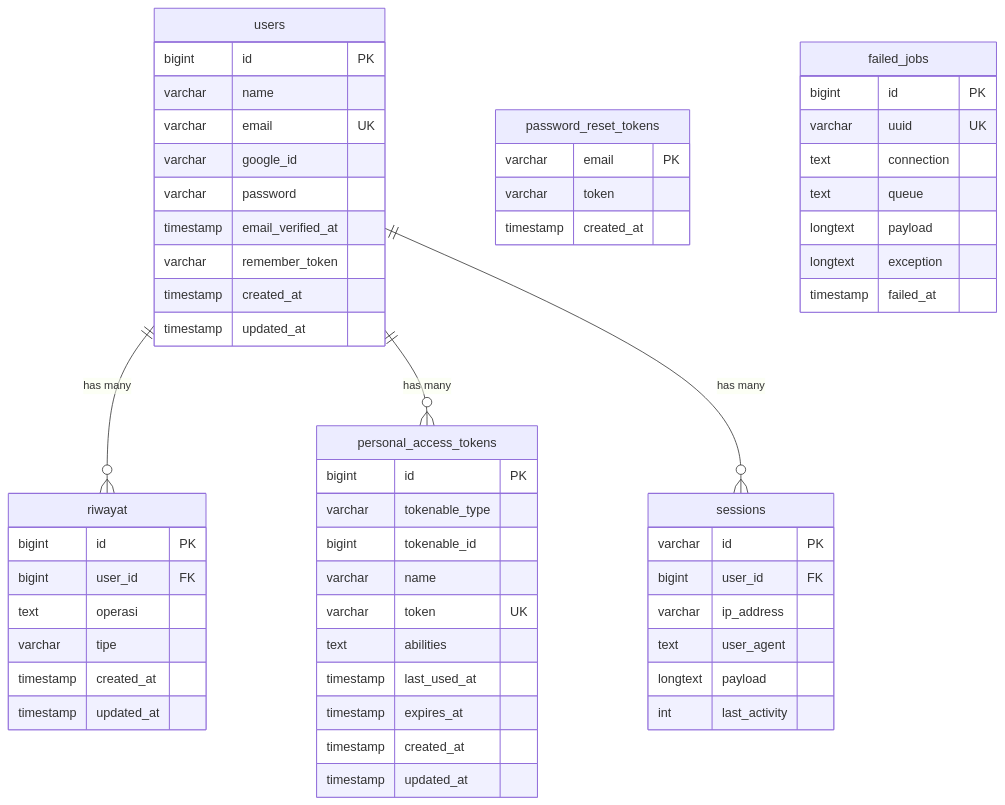
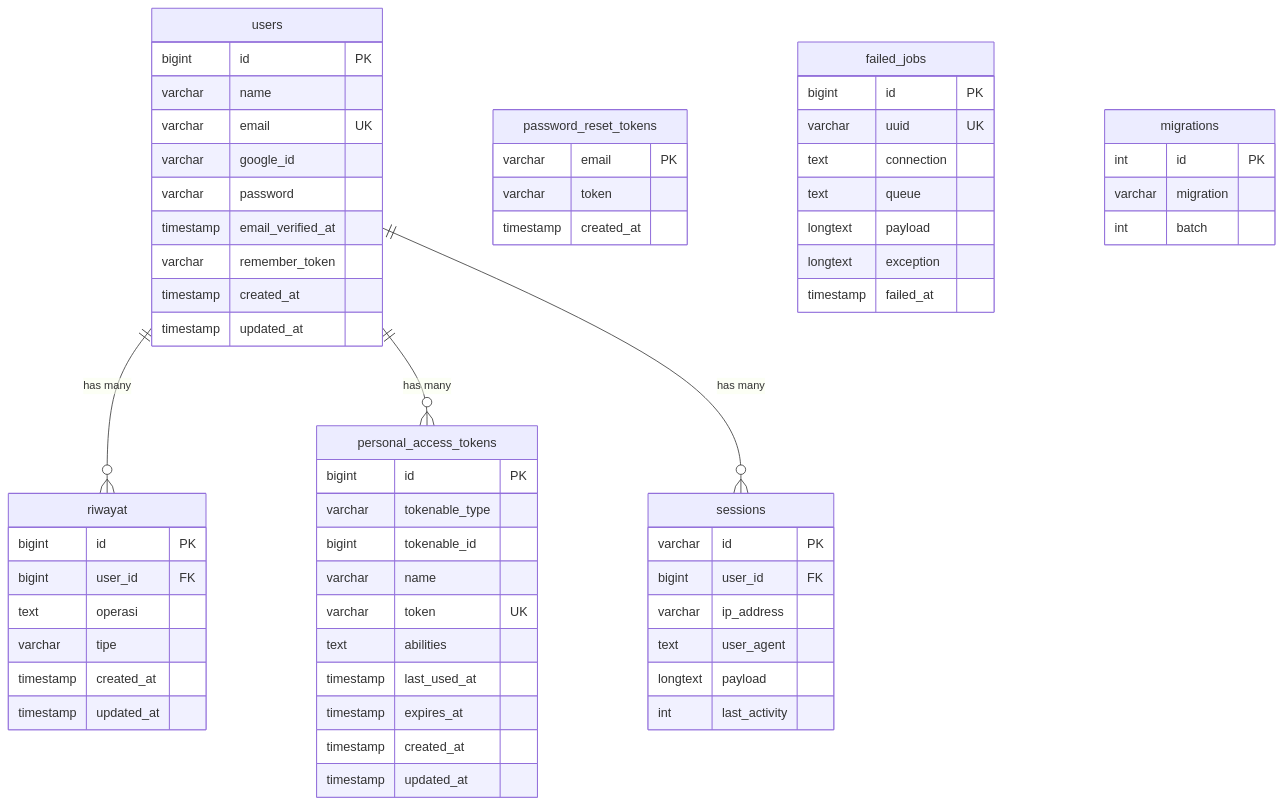
One commit to falcon-ioi/Caclcon changed the eighth of 8 diagrams in e-concalc-web/README.md. Above: the diagram before and after it, drawn with Mermaid.

Commit message:
docs: add migrations table to ERD for full phpMyAdmin match

````diff
--- a/e-concalc-web/README.md
+++ b/e-concalc-web/README.md
@@ -299,65 +299,71 @@
 ```mermaid
 erDiagram
     users {
         bigint id PK
         varchar name
         varchar email UK
         varchar google_id
         varchar password
         timestamp email_verified_at
         varchar remember_token
         timestamp created_at
         timestamp updated_at
     }
 
     riwayat {
         bigint id PK
         bigint user_id FK
         text operasi
         varchar tipe
         timestamp created_at
         timestamp updated_at
     }
 
     personal_access_tokens {
         bigint id PK
         varchar tokenable_type
         bigint tokenable_id
         varchar name
         varchar token UK
         text abilities
         timestamp last_used_at
         timestamp expires_at
         timestamp created_at
         timestamp updated_at
     }
 
     sessions {
         varchar id PK
         bigint user_id FK
         varchar ip_address
         text user_agent
         longtext payload
         int last_activity
     }
 
     password_reset_tokens {
         varchar email PK
         varchar token
         timestamp created_at
     }
 
     failed_jobs {
         bigint id PK
         varchar uuid UK
         text connection
         text queue
         longtext payload
         longtext exception
         timestamp failed_at
     }
 
+    migrations {
+        int id PK
+        varchar migration
+        int batch
+    }
+
     users ||--o{ riwayat : "has many"
     users ||--o{ personal_access_tokens : "has many"
     users ||--o{ sessions : "has many"
 ```
````
